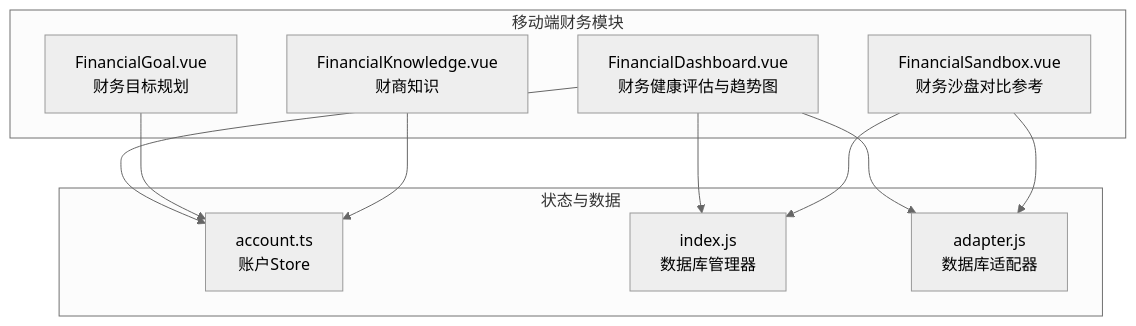
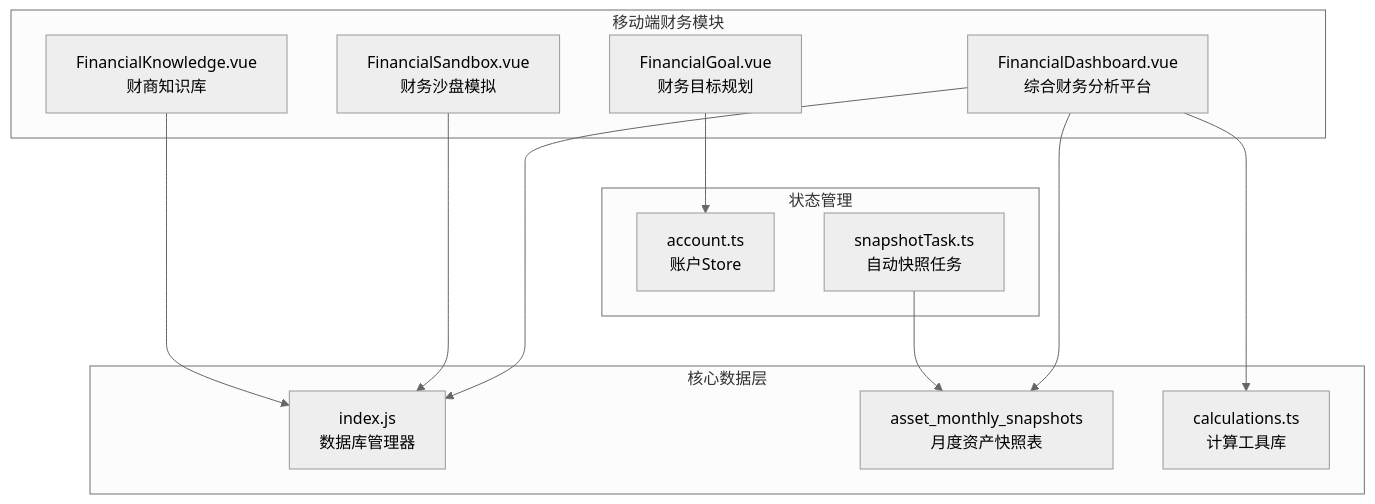
The first of 5 diagrams in .qoder/repowiki/zh/content/财务分析/财务仪表板.md (xiao-lin-unit/yuan), drawn with Mermaid (neutral theme) before and after one commit. The commit also changed other lines of this file and 9 other files, not shown here.

````diff
--- a/.qoder/repowiki/zh/content/财务分析/财务仪表板.md
+++ b/.qoder/repowiki/zh/content/财务分析/财务仪表板.md
@@ -32,21 +47,25 @@
 ```mermaid
 graph TB
 subgraph "移动端财务模块"
-FD["FinancialDashboard.vue<br/>财务健康评估与趋势图"]
-FS["FinancialSandbox.vue<br/>财务沙盘对比参考"]
+FD["FinancialDashboard.vue<br/>综合财务分析平台"]
+FS["FinancialSandbox.vue<br/>财务沙盘模拟"]
 FG["FinancialGoal.vue<br/>财务目标规划"]
-FK["FinancialKnowledge.vue<br/>财商知识"]
+FK["FinancialKnowledge.vue<br/>财商知识库"]
 end
-subgraph "状态与数据"
+subgraph "核心数据层"
+DB["index.js<br/>数据库管理器"]
+Snap["asset_monthly_snapshots<br/>月度资产快照表"]
+Calc["calculations.ts<br/>计算工具库"]
+end
+subgraph "状态管理"
 Store["account.ts<br/>账户Store"]
-DB["index.js<br/>数据库管理器"]
-Adapter["adapter.js<br/>数据库适配器"]
+AutoTask["snapshotTask.ts<br/>自动快照任务"]
 end
-FD --> Store
 FD --> DB
-FD --> Adapter
+FD --> Snap
+FD --> Calc
 FS --> DB
-FS --> Adapter
 FG --> Store
-FK --> Store
+FK --> DB
+AutoTask --> Snap
 ```
````
